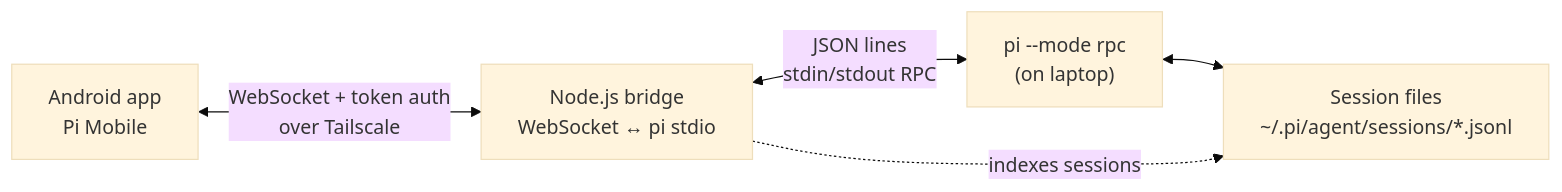
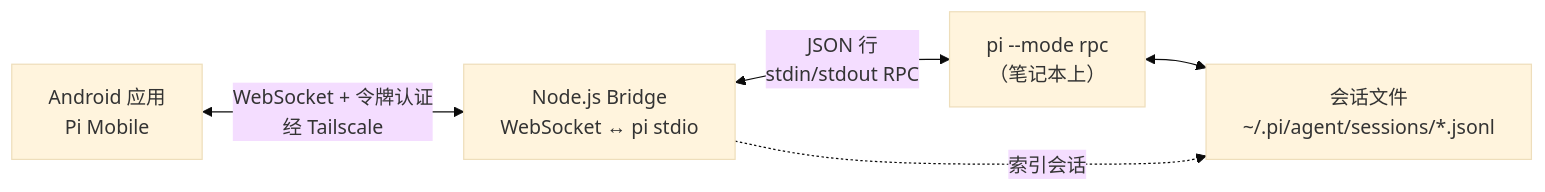
Before and after one commit to GuoZhenKuang/pipilot: the diagram in README.md, drawn with Mermaid (base theme). The commit also changed other lines of this file and 1 other file, not shown here.

````diff
--- a/README.md
+++ b/README.md
@@ -38,12 +41,12 @@
 ```mermaid
 flowchart LR
-    Phone["Android app\nPi Mobile"]
-    Bridge["Node.js bridge\nWebSocket ↔ pi stdio"]
-    Pi["pi --mode rpc\n(on laptop)"]
-    Sessions["Session files\n~/.pi/agent/sessions/*.jsonl"]
+    Phone["Android 应用\nPi Mobile"]
+    Bridge["Node.js Bridge\nWebSocket ↔ pi stdio"]
+    Pi["pi --mode rpc\n（笔记本上）"]
+    Sessions["会话文件\n~/.pi/agent/sessions/*.jsonl"]
 
-    Phone <-->|"WebSocket + token auth\nover Tailscale"| Bridge
-    Bridge <-->|"JSON lines\nstdin/stdout RPC"| Pi
+    Phone <-->|"WebSocket + 令牌认证\n经 Tailscale"| Bridge
+    Bridge <-->|"JSON 行\nstdin/stdout RPC"| Pi
     Pi <--> Sessions
-    Bridge -. "indexes sessions" .-> Sessions
+    Bridge -. "索引会话" .-> Sessions
 ```
````
